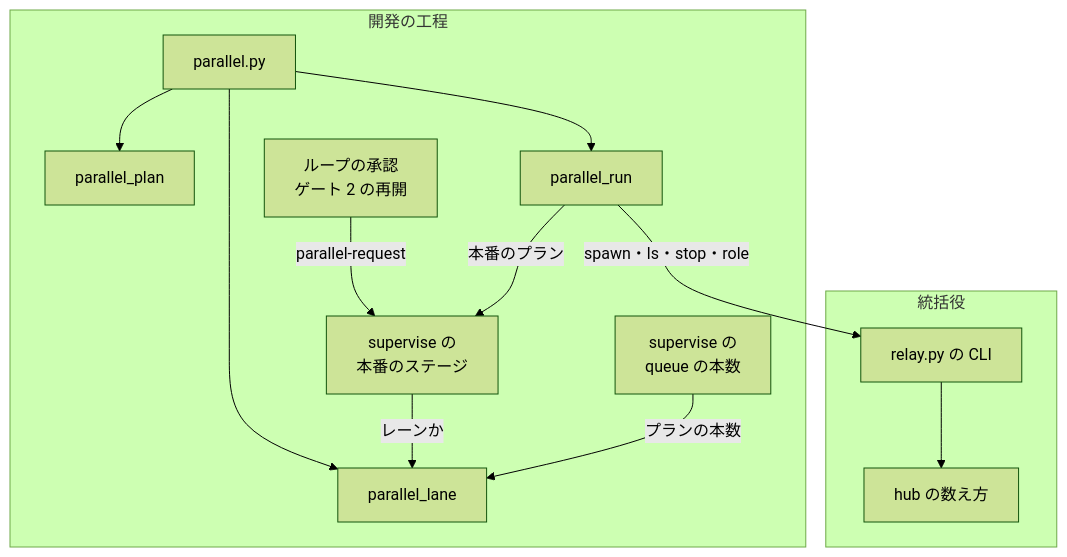
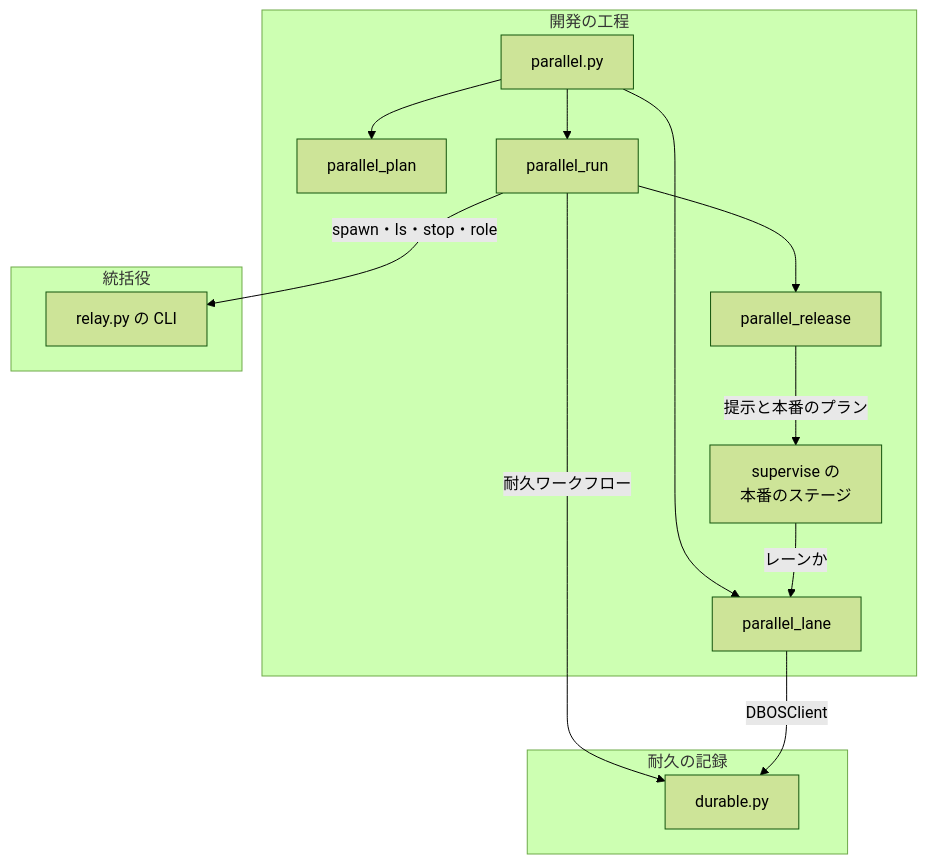
The first of 7 diagrams in issues/issue-2436-design.md (devbasex/ai-plugins), drawn with Mermaid (forest theme) before and after one commit. The commit also changed other lines of this file and 4 other files, not shown here.

````diff
--- a/issues/issue-2436-design.md
+++ b/issues/issue-2436-design.md
@@ -132,25 +160,26 @@
 ```mermaid
 graph TD
     subgraph 開発の工程
         P[parallel.py]
         PL[parallel_plan]
         PR[parallel_run]
+        RL[parallel_release]
         LA[parallel_lane]
         SV[supervise の<br/>本番のステージ]
-        Q[supervise の<br/>queue の本数]
-        SG[ループの承認<br/>ゲート 2 の再開]
+    end
+    subgraph 耐久の記録
+        DU[durable.py]
     end
     subgraph 統括役
         RC[relay.py の CLI]
-        HB[hub の数え方]
     end
     P --> PL
     P --> PR
     P --> LA
+    PR --> RL
+    PR -->|耐久ワークフロー| DU
+    LA -->|DBOSClient| DU
     PR -->|spawn・ls・stop・role| RC
-    RC --> HB
     SV -->|レーンか| LA
-    Q -->|プランの本数| LA
-    SG -->|parallel-request| SV
-    PR -->|本番のプラン| SV
+    RL -->|提示と本番のプラン| SV
 ```
````
